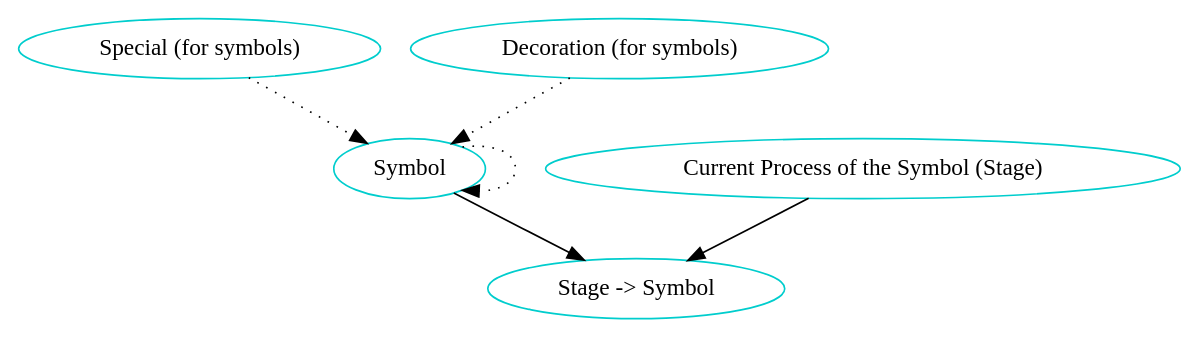
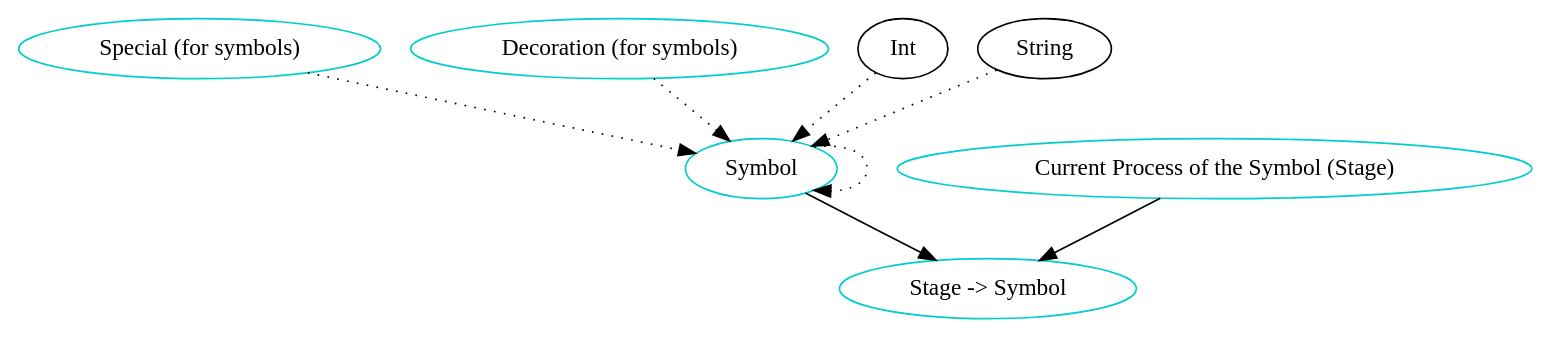
One commit to JacquesCarette/Drasil changed the diagram in People/Anthony/Type_Dependency_Graphs/JoinedTypes/June_18_2021/StageSymbol.dot. Above: the diagram before and after it, drawn with Graphviz. The commit also changed 11 other files, not shown here.

Commit message:
added pdfs for drasil-lang graphs

```diff
--- a/People/Anthony/Type_Dependency_Graphs/JoinedTypes/June_18_2021/StageSymbol.dot
+++ b/People/Anthony/Type_Dependency_Graphs/JoinedTypes/June_18_2021/StageSymbol.dot
@@ -1,17 +1,19 @@
 digraph stagesymbol {
 
     Special -> Symbol [style="dotted"];
     Decoration -> Symbol [style="dotted"];
     Symbol -> Symbol [style="dotted"];
+    Int -> Symbol [style="dotted"];
+    String -> Symbol [style="dotted"];
     Stage -> StageSymbol;
     Symbol -> StageSymbol;
     
     /* definitions for each type component */
 	Stage 	    [shape=oval, color=cyan3, label="Current Process of the Symbol (Stage)"];
     StageSymbol [shape=oval, color=cyan3, label="Stage -> Symbol"];
     Decoration 	    [shape=oval, color=cyan3, label="Decoration (for symbols)"];
     Symbol 	    [shape=oval, color=cyan3, label="Symbol"];
     Special [shape=oval, color=cyan3, label="Special (for symbols)"];
 }
 
 /* dot -Tpng sample.dot -o sample.png */
```
